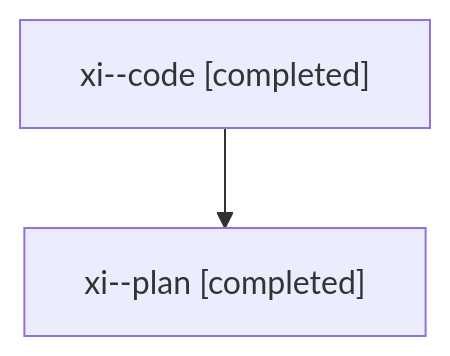
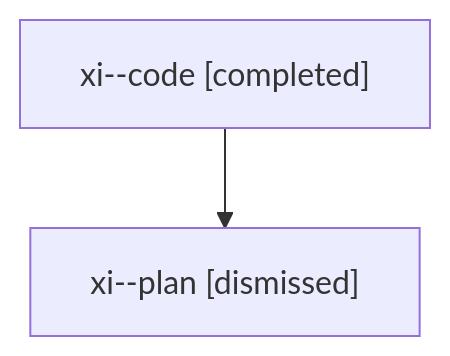
The diagram in families/bbugyi200.athena.xi.md (sase-org/sase--agents), drawn with Mermaid before and after one commit. The commit also changed other lines of this file and 1973 other files, not shown here.

````diff
--- a/families/bbugyi200.athena.xi.md
+++ b/families/bbugyi200.athena.xi.md
@@ -9,6 +9,6 @@
 ```mermaid
 flowchart TD
   n0["xi--code [completed]"]
-  n1["xi--plan [completed]"]
+  n1["xi--plan [dismissed]"]
   n0 --> n1
 ```
````
